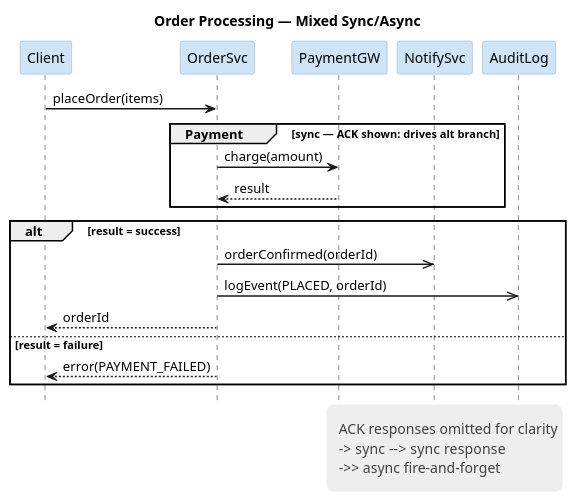
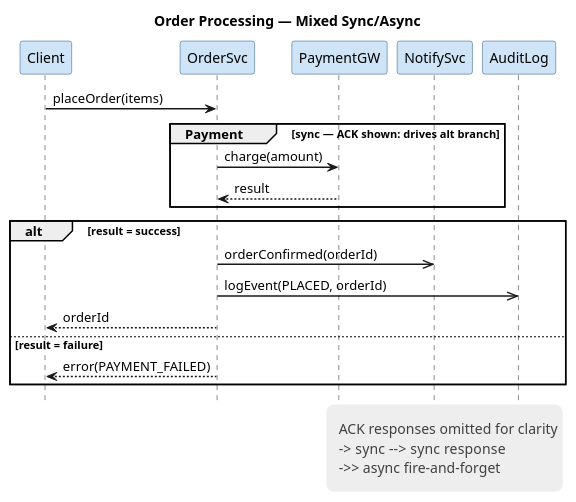
The third of 3 diagrams in plugins/plantuml/skills/plantuml-diagram-guide/references/sequence.md (artem-from-ua/claude-plugins), drawn with PlantUML before and after one commit. The commit also changed other lines of this file and 3 other files, not shown here.

First line of the commit message:
feat(plantuml): derive each palette border from its own fill

````diff
--- a/plugins/plantuml/skills/plantuml-diagram-guide/references/sequence.md
+++ b/plugins/plantuml/skills/plantuml-diagram-guide/references/sequence.md
@@ -86,42 +86,42 @@
 ```plantuml
 @startuml
 hide footbox
 title Order Processing — Mixed Sync/Async
 skinparam sequenceArrowThickness 1.5
 skinparam LifeLineBorderColor #C0C0C0
 skinparam participantBackgroundColor #CFE4F6
-skinparam participantBorderColor #7FB3D8
+skinparam participantBorderColor #25557E
 skinparam legendBackgroundColor #EEEEEE
 skinparam legendBorderColor transparent
 skinparam LegendFontColor #404040
 
 participant Client
 participant OrderSvc
 participant PaymentGW
 participant NotifySvc
 participant AuditLog
 
 Client -> OrderSvc: placeOrder(items)
 
 group Payment [sync — ACK shown: drives alt branch]
   OrderSvc -> PaymentGW: charge(amount)
   PaymentGW --> OrderSvc: result
 end
 
 alt result = success
   OrderSvc ->> NotifySvc: orderConfirmed(orderId)
   OrderSvc ->> AuditLog: logEvent(PLACED, orderId)
   OrderSvc --> Client: orderId
 else result = failure
   OrderSvc --> Client: error(PAYMENT_FAILED)
 end
 
 legend right
   <size:6> </size>
     ACK responses omitted for clarity
     -> sync  --> sync response
     ->> async fire-and-forget
   <size:6> </size>
 end legend
 @enduml
 ```
````
